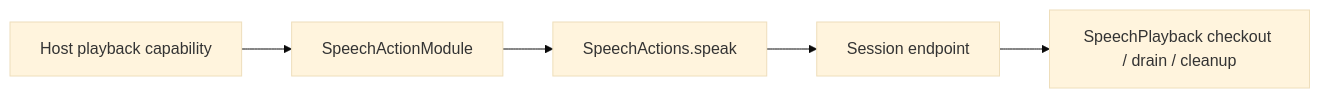
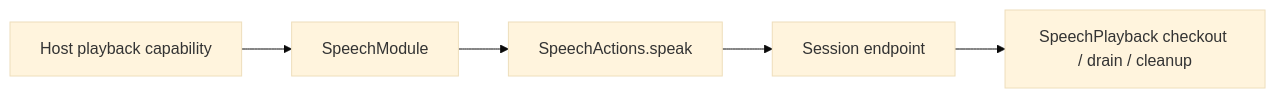
The diagram in MobileHarness/Actions/Speech/Support/README.md (devilyouwei/MobileHarness), drawn with Mermaid (base theme) before and after one commit. The commit also changed other lines of this file and 238 other files, not shown here.

````diff
--- a/MobileHarness/Actions/Speech/Support/README.md
+++ b/MobileHarness/Actions/Speech/Support/README.md
@@ -7,7 +7,7 @@
 ```mermaid
 flowchart LR
-    Capability[Host playback capability] --> Module[SpeechActionModule]
+    Capability[Host playback capability] --> Module[SpeechModule]
     Module --> Entry[SpeechActions.speak]
     Entry --> Host[Session endpoint]
     Host --> Playback[SpeechPlayback checkout / drain / cleanup]
 ```
````
